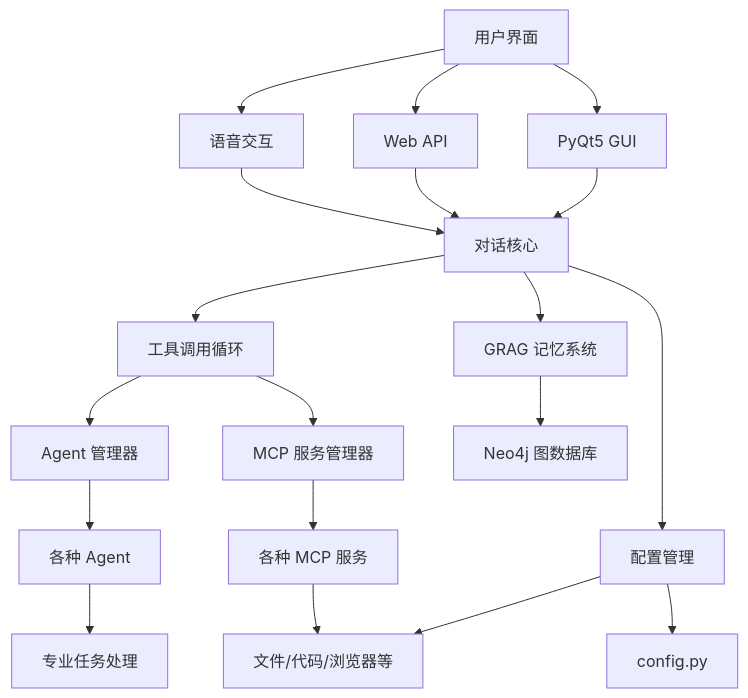
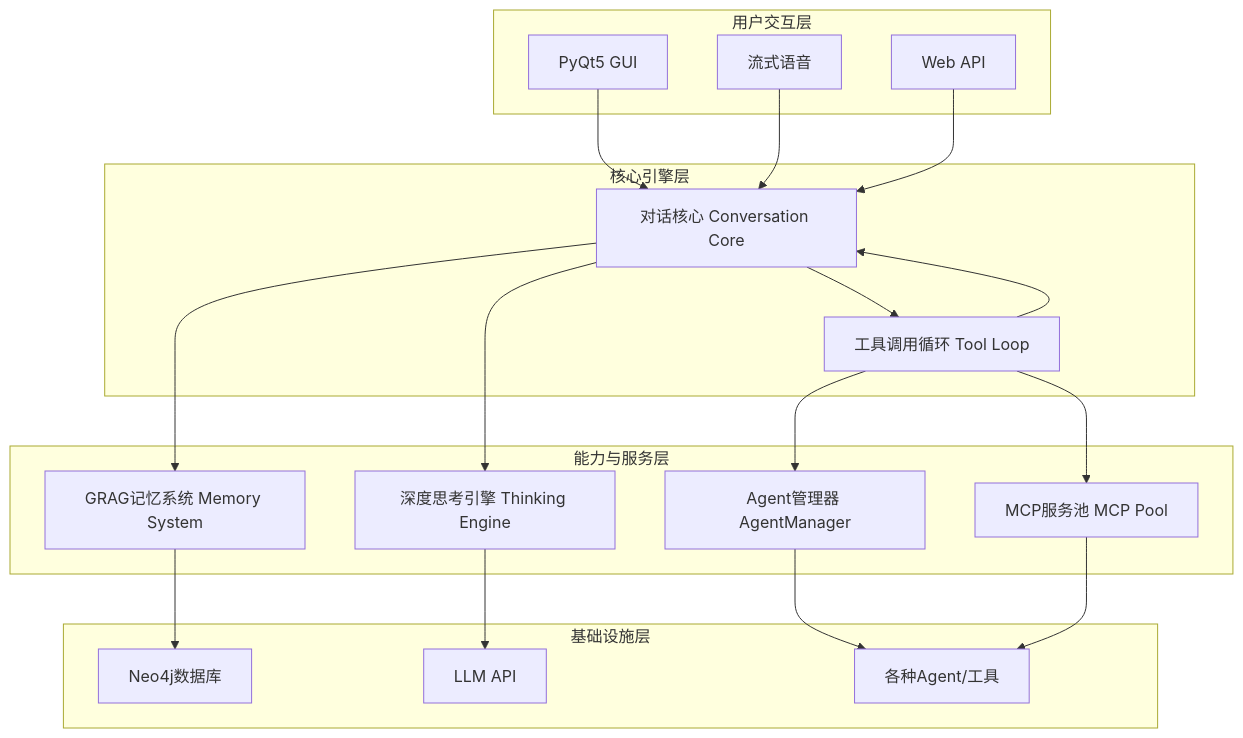
One commit to RTGS2017/NagaAgent changed the diagram in README.md. Above: the diagram before and after it, drawn with Mermaid. The commit also changed other lines of this file, not shown here.

````diff
--- a/README.md
+++ b/README.md
@@ -570,27 +218,38 @@
 ```mermaid
-graph TB
-    A[用户界面] --> B[PyQt5 GUI]
-    A --> C[Web API]
-    A --> D[语音交互]
+graph TD
+    subgraph 用户交互层
+        A1[PyQt5 GUI]
+        A2[流式语音]
+        A3[Web API]
+    end
+
+    subgraph 核心引擎层
+        B1[对话核心 Conversation Core]
+        B2[工具调用循环 Tool Loop]
+    end
+
+    subgraph 能力与服务层
+        C1[深度思考引擎 Thinking Engine]
+        C2[GRAG记忆系统 Memory System]
+        C3[Agent管理器 AgentManager]
+        C4[MCP服务池 MCP Pool]
+    end
     
-    B --> E[对话核心]
-    C --> E
-    D --> E
+    subgraph 基础设施层
+        D1[Neo4j数据库]
+        D2[LLM API]
+        D3[各种Agent/工具]
+    end
+
+    A1 & A2 & A3 --> B1
+    B1 --> B2
+    B2 --> C3 & C4
+    B2 --> B1
     
-    E --> F[工具调用循环]
-    F --> G[MCP 服务管理器]
-    F --> H[Agent 管理器]
-    
-    G --> I[各种 MCP 服务]
-    H --> J[各种 Agent]
-    
-    E --> K[GRAG 记忆系统]
-    K --> L[Neo4j 图数据库]
-    
-    E --> M[配置管理]
-    M --> N[config.py]
-    M --> O[config_manager.py]
-    
-    I --> O[文件/代码/浏览器等]
-    J --> P[专业任务处理]
+    B1 --> C1 & C2
+
+    C2 --> D1
+    C1 --> D2
+    C3 --> D3
+    C4 --> D3
 ```
````
